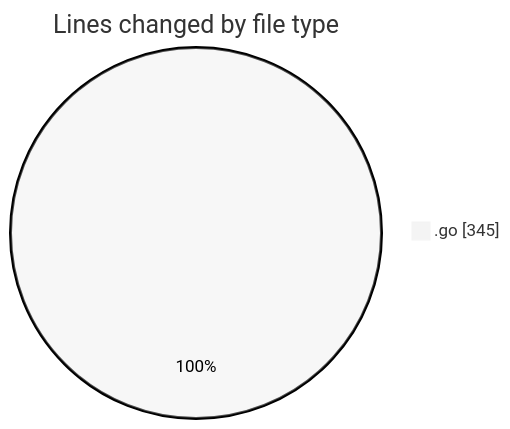
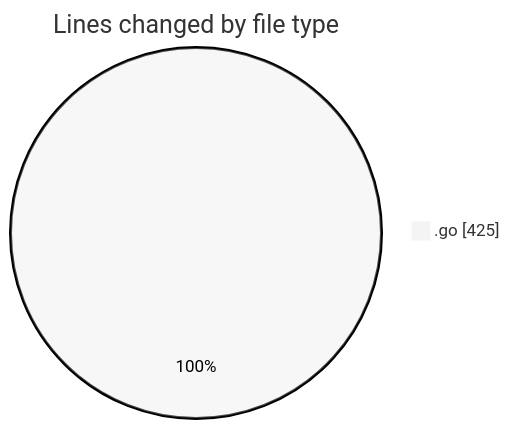
One commit to robertbonfada/code-tracking changed the first of 2 diagrams in 2025-02-08/test-rountines/README.md. Above: the diagram before and after it, drawn with Mermaid (neutral theme). The commit also changed other lines of this file and 1 other file, not shown here.

````diff
--- a/2025-02-08/test-rountines/README.md
+++ b/2025-02-08/test-rountines/README.md
@@ -21,5 +22,5 @@
 ```mermaid
 pie showData
 title Lines changed by file type
-".go" : 345
+".go" : 425
 ```
````
